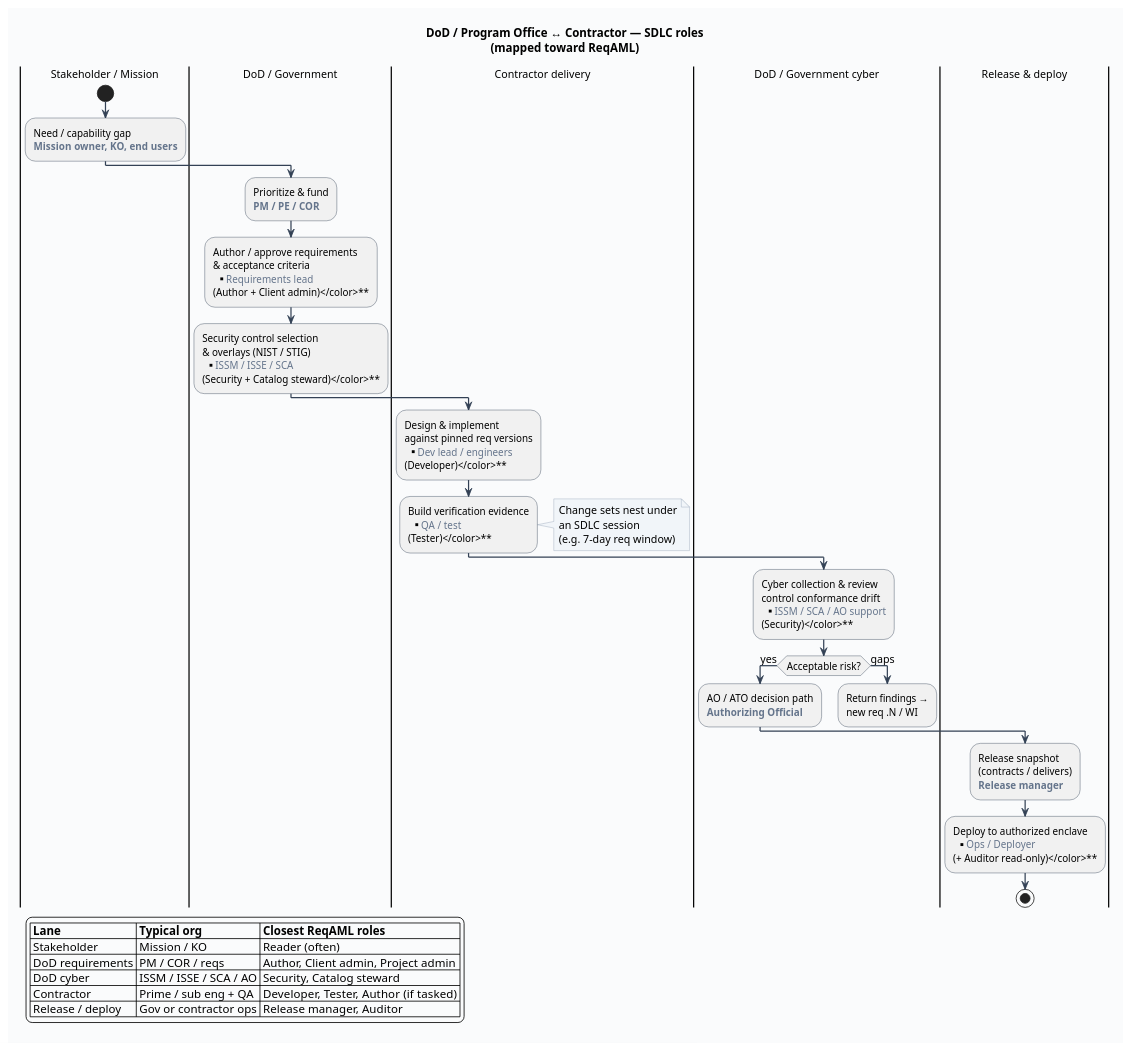
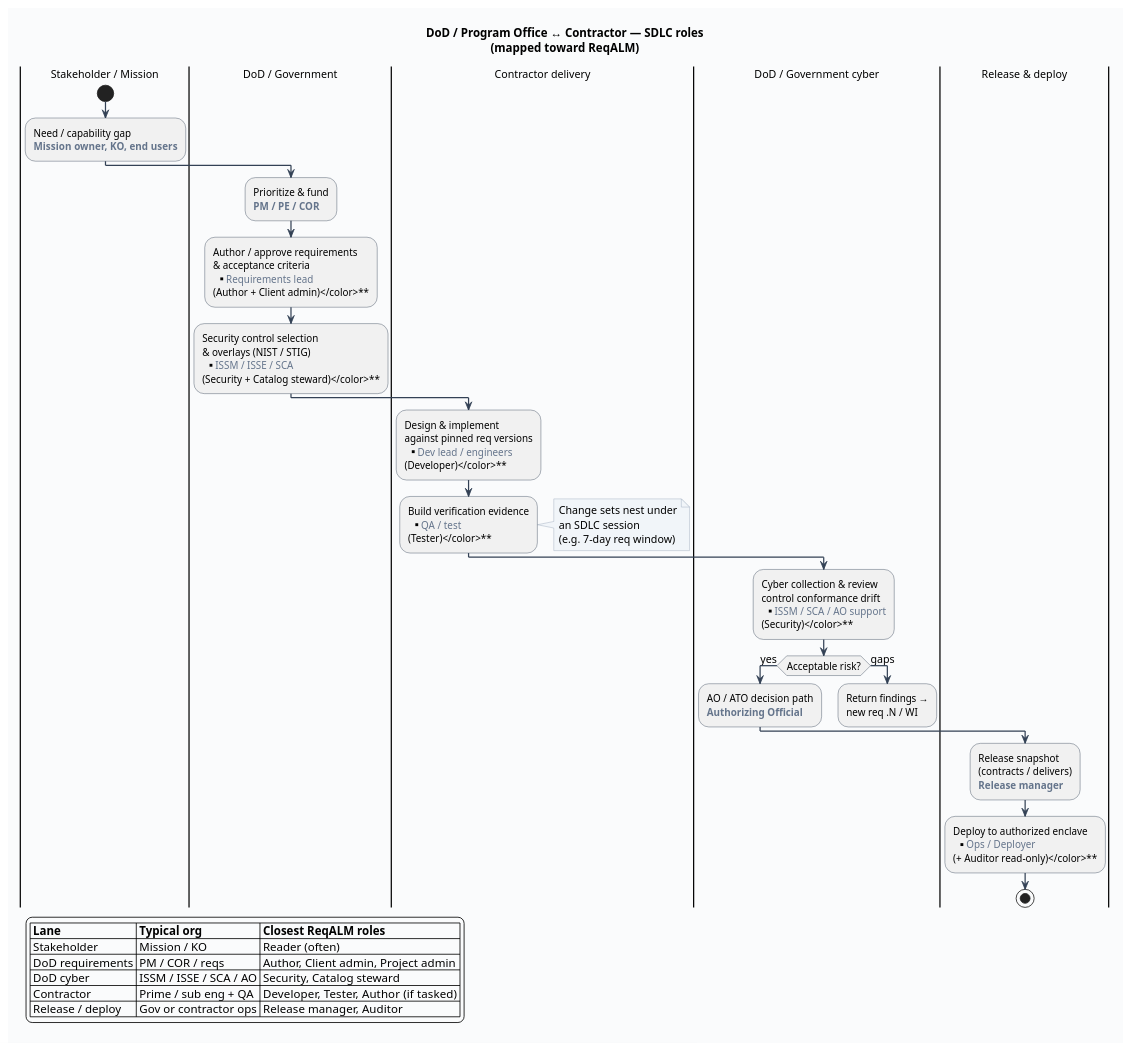
The diagram in docs/design/roles/dod-contractor-sdlc-roles.puml (danrabydev/sdoc-intake), drawn with PlantUML before and after one commit. The commit also changed 191 other files, not shown here.

First line of the commit message:
Rename product ReqAML to ReqALM across repo

```diff
--- a/docs/design/roles/dod-contractor-sdlc-roles.puml
+++ b/docs/design/roles/dod-contractor-sdlc-roles.puml
@@ -1,59 +1,59 @@
 @startuml dod_contractor_sdlc_roles
 skinparam backgroundColor #FAFBFC
 skinparam shadowing false
 skinparam defaultFontName SansSerif
 skinparam defaultFontSize 13
 skinparam ArrowColor #334155
 skinparam ArrowThickness 1.5
 skinparam ActivityBorderColor #334155
 skinparam ActivityFontSize 12
 skinparam PartitionBorderColor #64748B
 skinparam PartitionFontSize 14
 skinparam PartitionFontStyle bold
 skinparam noteBorderColor #94A3B8
 skinparam noteBackgroundColor #F1F5F9
 
-title DoD / Program Office ↔ Contractor — SDLC roles\n(mapped toward ReqAML)
+title DoD / Program Office ↔ Contractor — SDLC roles\n(mapped toward ReqALM)
 
 |Stakeholder / Mission|
 start
 :Need / capability gap\n**<color:#64748B>Mission owner, KO, end users</color>**;
 
 |DoD / Government|
 :Prioritize & fund\n**<color:#64748B>PM / PE / COR</color>**;
 :Author / approve requirements\n& acceptance criteria\n**<color:#64748B>Requirements lead\n(Author + Client admin)</color>**;
 :Security control selection\n& overlays (NIST / STIG)\n**<color:#64748B>ISSM / ISSE / SCA\n(Security + Catalog steward)</color>**;
 
 |Contractor delivery|
 :Design & implement\nagainst pinned req versions\n**<color:#64748B>Dev lead / engineers\n(Developer)</color>**;
 :Build verification evidence\n**<color:#64748B>QA / test\n(Tester)</color>**;
 note right
   Change sets nest under
   an SDLC session
   (e.g. 7-day req window)
 end note
 
 |DoD / Government cyber|
 :Cyber collection & review\ncontrol conformance drift\n**<color:#64748B>ISSM / SCA / AO support\n(Security)</color>**;
 if (Acceptable risk?) then (yes)
   :AO / ATO decision path\n**<color:#64748B>Authorizing Official</color>**;
 else (gaps)
   :Return findings →\nnew req .N / WI;
   kill
 endif
 
 |Release & deploy|
 :Release snapshot\n(contracts / delivers)\n**<color:#64748B>Release manager</color>**;
 :Deploy to authorized enclave\n**<color:#64748B>Ops / Deployer\n(+ Auditor read-only)</color>**;
 stop
 
 legend left
-  |= Lane |= Typical org |= Closest ReqAML roles |
+  |= Lane |= Typical org |= Closest ReqALM roles |
   | Stakeholder | Mission / KO | Reader (often) |
   | DoD requirements | PM / COR / reqs | Author, Client admin, Project admin |
   | DoD cyber | ISSM / ISSE / SCA / AO | Security, Catalog steward |
   | Contractor | Prime / sub eng + QA | Developer, Tester, Author (if tasked) |
   | Release / deploy | Gov or contractor ops | Release manager, Auditor |
 endlegend
 
 @enduml
```
